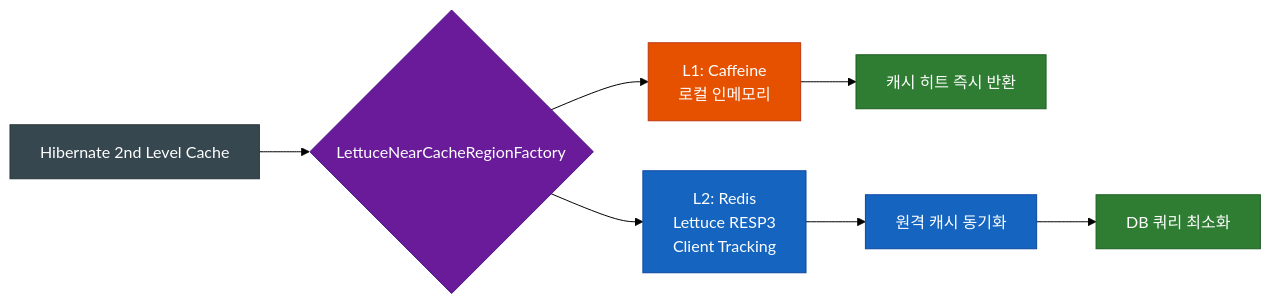
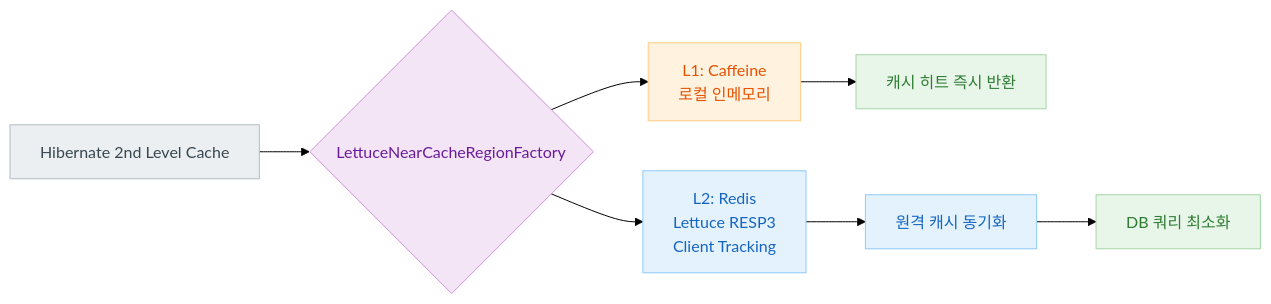
The first of 3 diagrams in data/hibernate-cache-lettuce/README.ko.md (bluetape4k/bluetape4k-projects), drawn with Mermaid (forest theme) before and after one commit. The commit also changed other lines of this file and 219 other files, not shown here.

First line of the commit message:
docs: 전체 README Mermaid 다이어그램 가이드 적용

````diff
--- a/data/hibernate-cache-lettuce/README.ko.md
+++ b/data/hibernate-cache-lettuce/README.ko.md
@@ -15,23 +15,23 @@
 ```mermaid
 flowchart LR
     A[Hibernate 2nd Level Cache] --> B{LettuceNearCacheRegionFactory}
     B --> C[L1: Caffeine\n로컬 인메모리]
     B --> D[L2: Redis\nLettuce RESP3\nClient Tracking]
     C --> E[캐시 히트 즉시 반환]
     D --> F[원격 캐시 동기화]
     F --> G[DB 쿼리 최소화]
 
-    classDef hibernateStyle fill:#37474F,stroke:#263238,color:#FFFFFF
-    classDef factoryStyle fill:#6A1B9A,stroke:#4A148C,color:#FFFFFF
-    classDef l1Style fill:#E65100,stroke:#BF360C,color:#FFFFFF
-    classDef l2Style fill:#1565C0,stroke:#0D47A1,color:#FFFFFF
-    classDef resultStyle fill:#2E7D32,stroke:#1B5E20,color:#FFFFFF
+    classDef hibernateStyle fill:#ECEFF1,stroke:#B0BEC5,color:#37474F
+    classDef factoryStyle fill:#F3E5F5,stroke:#CE93D8,color:#6A1B9A
+    classDef l1Style fill:#FFF3E0,stroke:#FFCC80,color:#E65100
+    classDef l2Style fill:#E3F2FD,stroke:#90CAF9,color:#1565C0
+    classDef resultStyle fill:#E8F5E9,stroke:#A5D6A7,color:#2E7D32
 
     class A hibernateStyle
     class B factoryStyle
     class C l1Style
     class D l2Style
     class E resultStyle
     class F l2Style
     class G resultStyle
 ```
````
